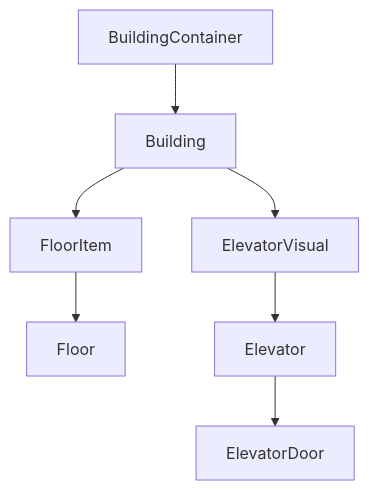
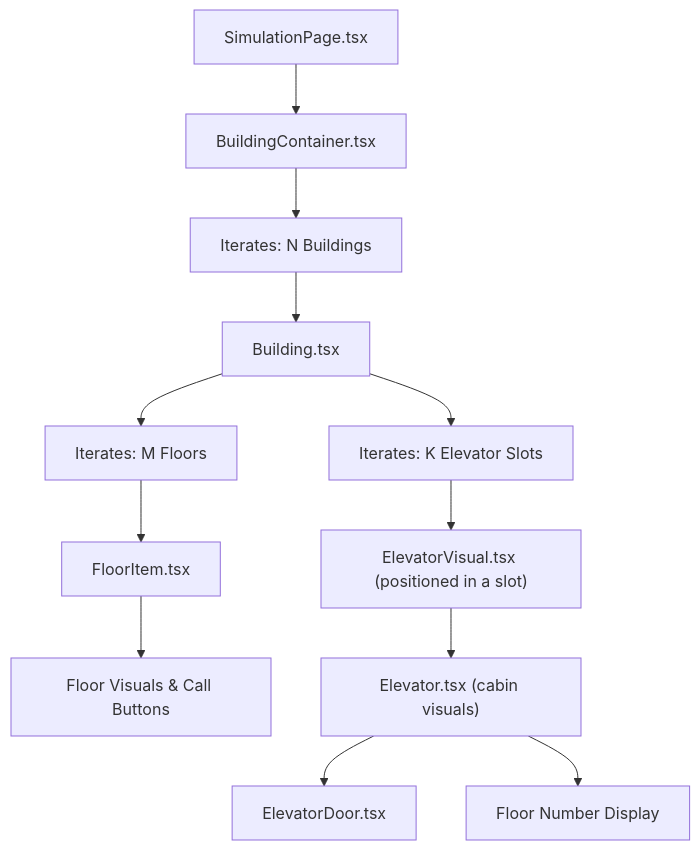
Before and after one commit to shammaihamilton/elevator-simulator: the fourth of 6 diagrams in README.md, drawn with Mermaid. The commit also changed other lines of this file, not shown here.

````diff
--- a/README.md
+++ b/README.md
@@ -69,10 +147,14 @@
 ```mermaid
 graph TD
-  App["BuildingContainer"]
-  App --> Building["Building"]
-  Building --> FloorItem["FloorItem"]
-  FloorItem --> Floor["Floor"]
-  Building --> ElevatorVisual["ElevatorVisual"]
-  ElevatorVisual --> Elevator["Elevator"]
-  Elevator --> ElevatorDoor["ElevatorDoor"]
+    SimulationPage["SimulationPage.tsx"] --> BuildingContainer["BuildingContainer.tsx"]
+    BuildingContainer --> BuildingLoop["Iterates: N Buildings"]
+    BuildingLoop --> Building["Building.tsx"]
+    Building --> FloorLoop["Iterates: M Floors"]
+    FloorLoop --> FloorItem["FloorItem.tsx"]
+    FloorItem --> FloorVisual["Floor Visuals & Call Buttons"]
+    Building --> ElevatorSlotLoop["Iterates: K Elevator Slots"]
+    ElevatorSlotLoop --> ElevatorVisual["ElevatorVisual.tsx (positioned in a slot)"]
+    ElevatorVisual --> Elevator["Elevator.tsx (cabin visuals)"]
+    Elevator --> ElevatorDoor["ElevatorDoor.tsx"]
+    Elevator --> FloorIndicator["Floor Number Display"]
 ```
````
